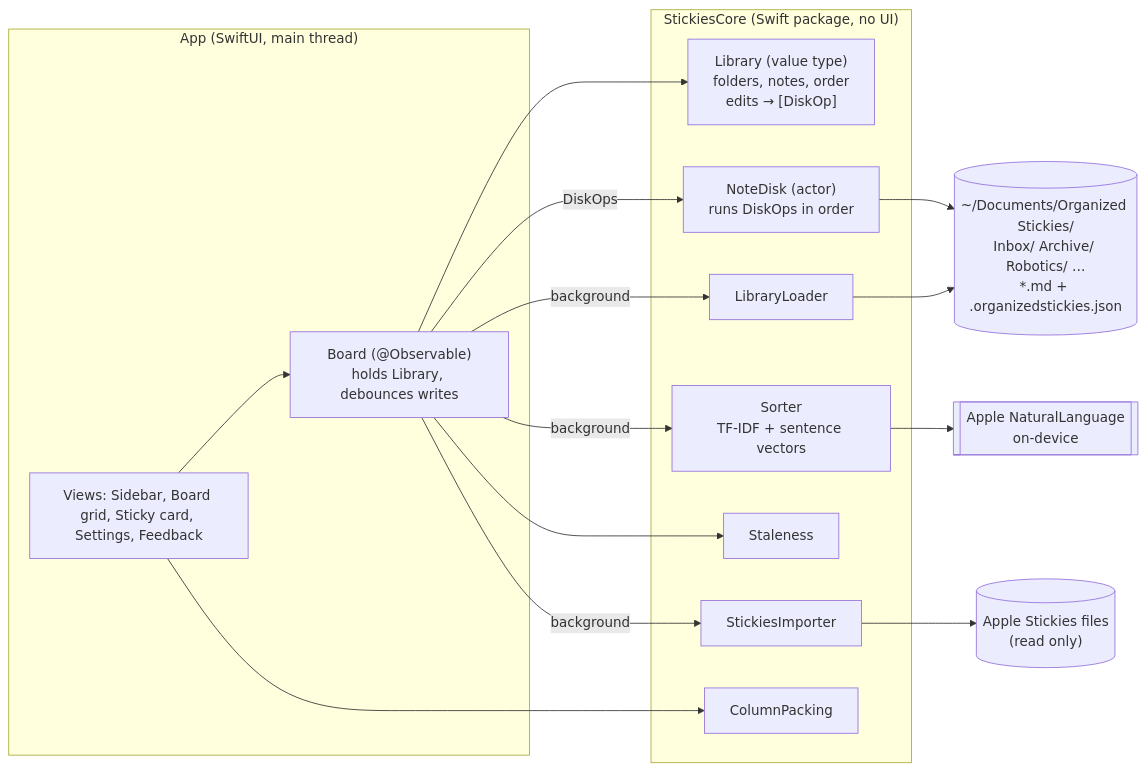
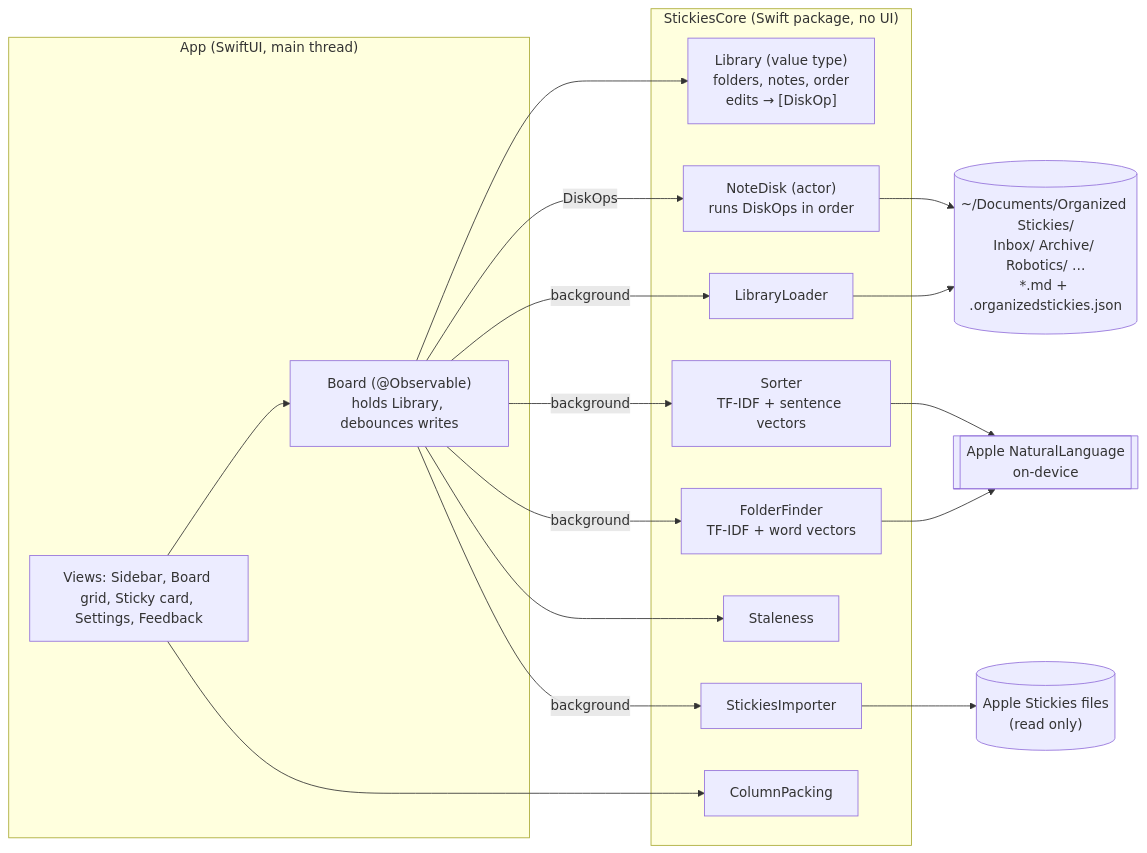
Before and after one commit to amalmehta/OrganizedStickies: the diagram in docs/SYSTEM-DESIGN.md, drawn with Mermaid. The commit also changed other lines of this file and 18 other files, not shown here.

````diff
--- a/docs/SYSTEM-DESIGN.md
+++ b/docs/SYSTEM-DESIGN.md
@@ -10,27 +10,29 @@
 ```mermaid
 flowchart LR
   subgraph App["App (SwiftUI, main thread)"]
     UI[Views: Sidebar, Board grid, Sticky card, Settings, Feedback]
     Board["Board (@Observable)<br/>holds Library, debounces writes"]
   end
   subgraph Core["StickiesCore (Swift package, no UI)"]
     Library["Library (value type)<br/>folders, notes, order<br/>edits → [DiskOp]"]
     Loader[LibraryLoader]
     Disk["NoteDisk (actor)<br/>runs DiskOps in order"]
     Sorter["Sorter<br/>TF-IDF + sentence vectors"]
+    Finder["FolderFinder<br/>TF-IDF + word vectors"]
     Stale[Staleness]
     Importer[StickiesImporter]
     Packing[ColumnPacking]
   end
   FS[("~/Documents/Organized Stickies/<br/>Inbox/ Archive/ Robotics/ …<br/>*.md + .organizedstickies.json")]
   AS[("Apple Stickies files<br/>(read only)")]
   NL[[Apple NaturalLanguage<br/>on-device]]
 
   UI --> Board --> Library
   Board -- DiskOps --> Disk --> FS
   Board -- background --> Loader --> FS
   Board -- background --> Sorter --> NL
+  Board -- background --> Finder --> NL
   Board --> Stale
   UI --> Packing
   Board -- background --> Importer --> AS
 ```
````
